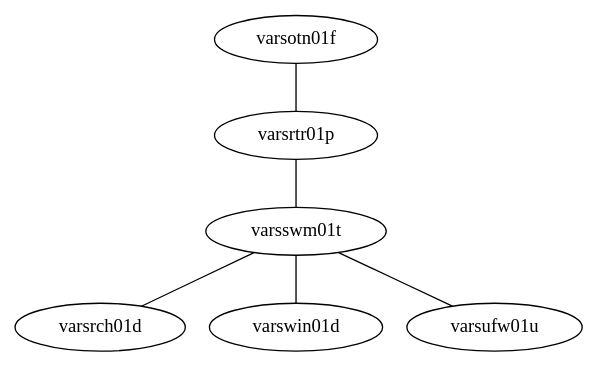
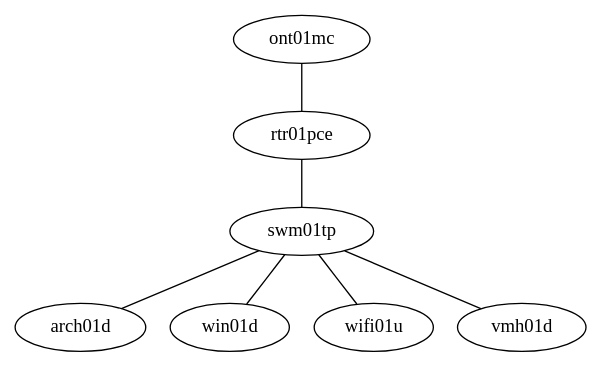
Before and after one commit to jrddunbr/sysconfig: the diagram in vars/network.dot, drawn with Graphviz. The commit also changed 24 other files, not shown here.

```diff
--- a/vars/network.dot
+++ b/vars/network.dot
@@ -1,14 +1,16 @@
 graph {
-  varsotn01f
-  varsrtr01p
-  varsswm01t
-  varsrch01d
-  varswin01d
-  varsufw01u
+  ont01mc
+  rtr01pce
+  swm01tp
+  arch01d
+  win01d
+  wifi01u
+  vmh01d
 
-  varsotn01f -- varsrtr01p
-  varsrtr01p -- varsswm01t
-  varsswm01t -- varsrch01d
-  varsswm01t -- varswin01d
-  varsswm01t -- varsufw01u
+  ont01mc -- rtr01pce
+  rtr01pce -- swm01tp
+  swm01tp -- arch01d
+  swm01tp -- win01d
+  swm01tp -- wifi01u
+  swm01tp -- vmh01d
 }
```
